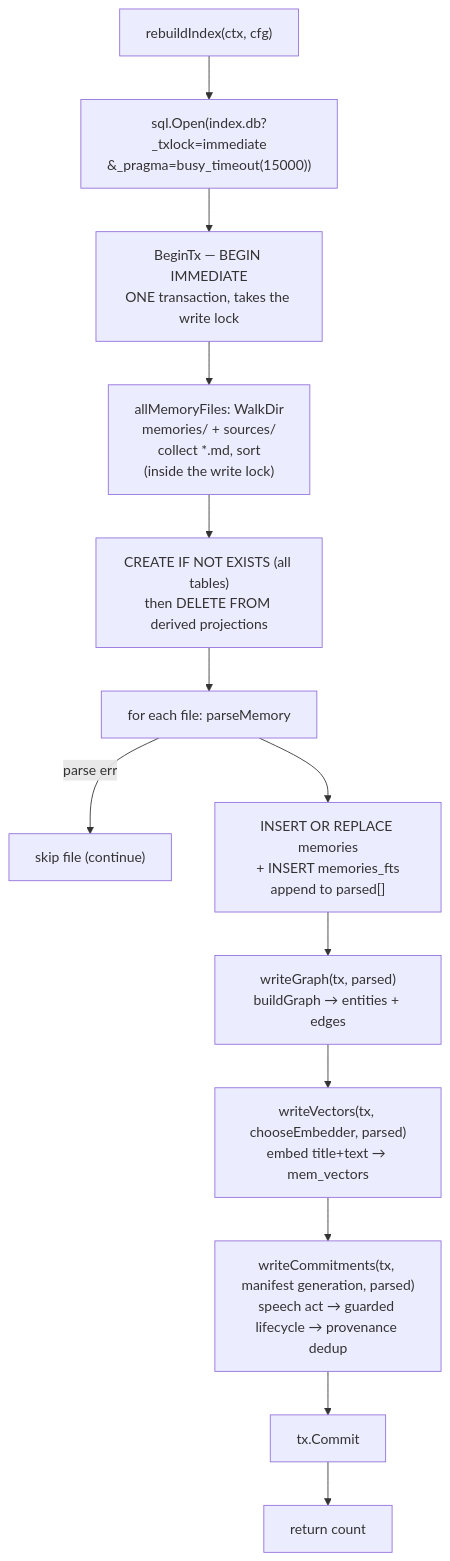
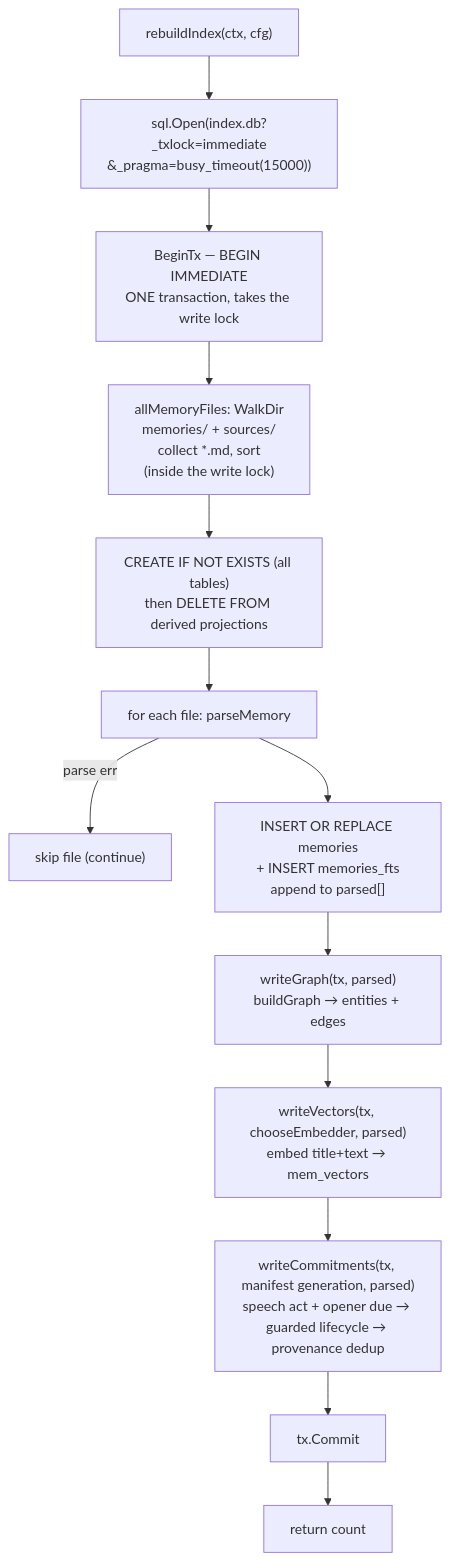
The fourth of 4 diagrams in docs/architecture/01-data-model-and-storage.md (pyranthus-hq/mora), drawn with Mermaid before and after one commit. The commit also changed other lines of this file and 14 other files, not shown here.

First line of the commit message:
feat(commitments): type due-time evidence (#191)

````diff
--- a/docs/architecture/01-data-model-and-storage.md
+++ b/docs/architecture/01-data-model-and-storage.md
@@ -229,15 +229,15 @@
 ```mermaid
 flowchart TD
     START["rebuildIndex(ctx, cfg)"] --> OPEN["sql.Open(index.db?_txlock=immediate<br/>&_pragma=busy_timeout(15000))"]
     OPEN --> TX["BeginTx — BEGIN IMMEDIATE<br/>ONE transaction, takes the write lock"]
     TX --> WALK["allMemoryFiles: WalkDir<br/>memories/ + sources/<br/>collect *.md, sort<br/>(inside the write lock)"]
     WALK --> DDL["CREATE IF NOT EXISTS (all tables)<br/>then DELETE FROM derived projections"]
     DDL --> LOOP["for each file: parseMemory"]
     LOOP -->|"parse err"| SKIPF["skip file (continue)"]
     LOOP --> INS["INSERT OR REPLACE memories<br/>+ INSERT memories_fts<br/>append to parsed[]"]
     INS --> GRAPH["writeGraph(tx, parsed)<br/>buildGraph → entities + edges"]
     GRAPH --> VEC["writeVectors(tx, chooseEmbedder, parsed)<br/>embed title+text → mem_vectors"]
-    VEC --> OBL["writeCommitments(tx, manifest generation, parsed)<br/>speech act → guarded lifecycle → provenance dedup"]
+    VEC --> OBL["writeCommitments(tx, manifest generation, parsed)<br/>speech act + opener due → guarded lifecycle → provenance dedup"]
     OBL --> COMMIT["tx.Commit"]
     COMMIT --> N["return count"]
 ```
````
